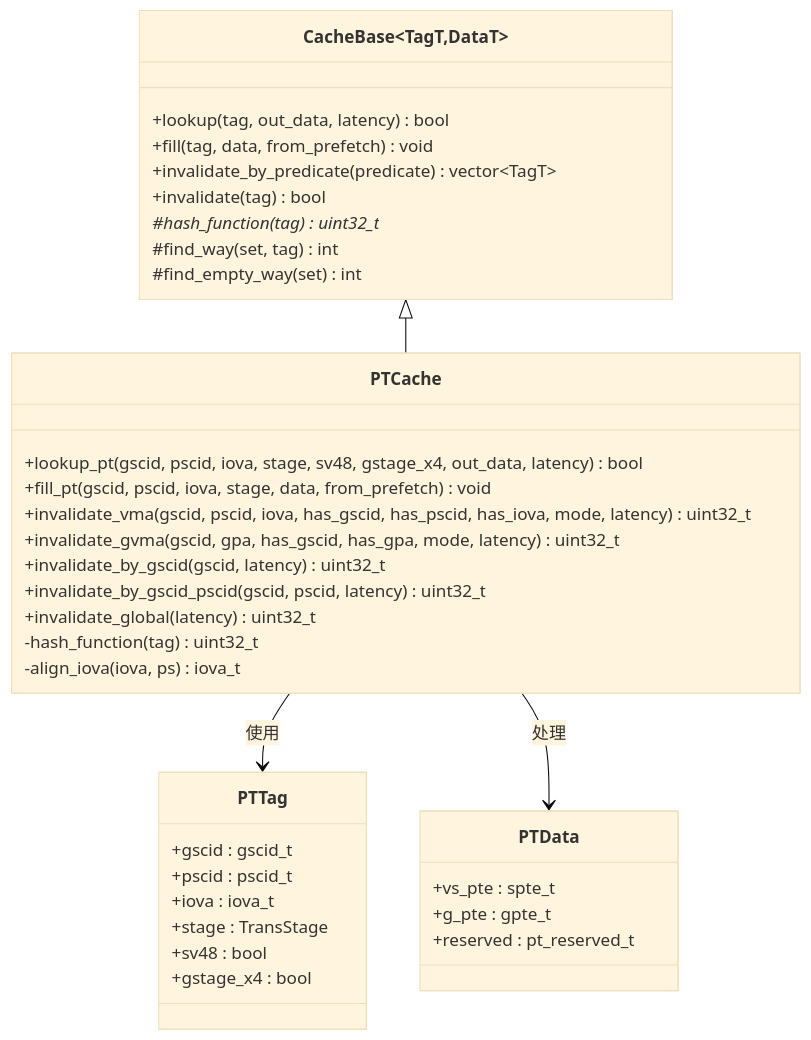
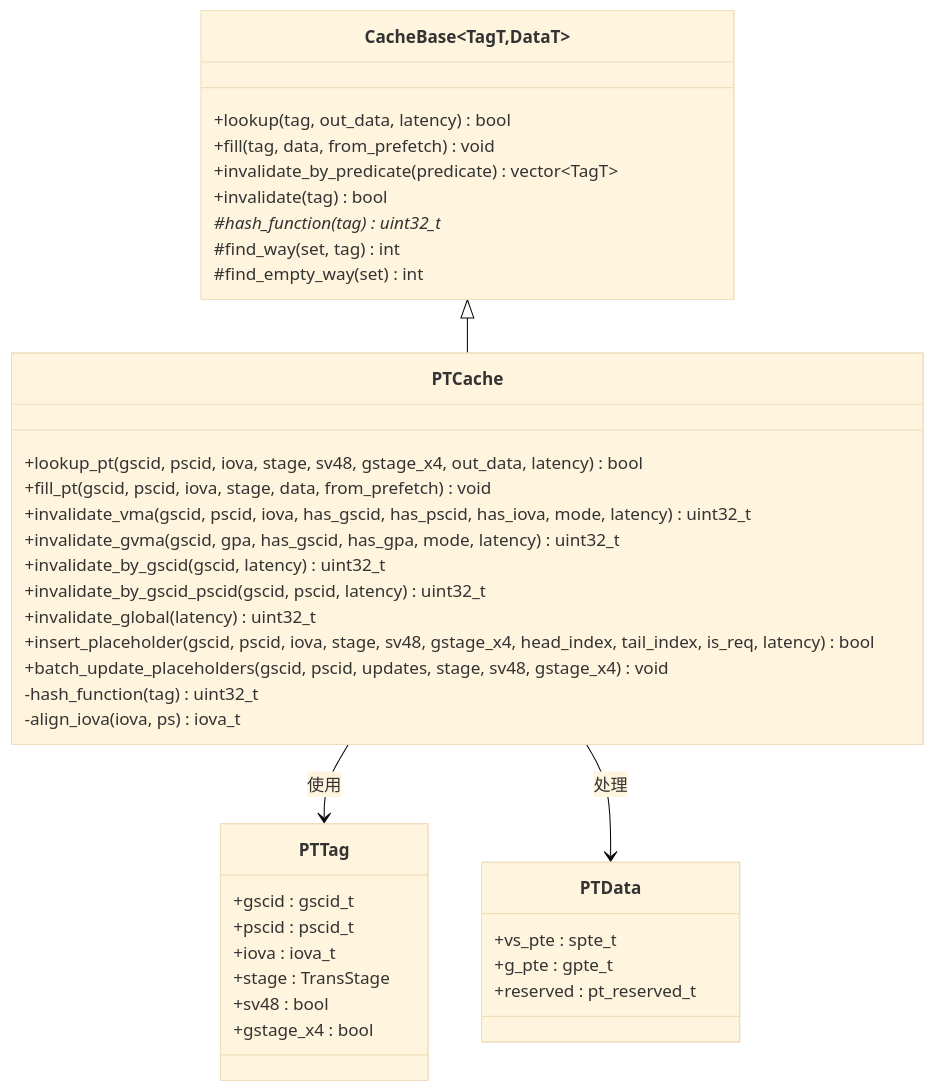
One commit to jiangjiang1122/iommu_model_20260401_v1 changed the third of 11 diagrams in .qoder/repowiki/zh/content/缓存系统架构/PT Cache A_D位支持.md. Above: the diagram before and after it, drawn with Mermaid (base theme). The commit also changed other lines of this file and 12 other files, not shown here.

````diff
--- a/.qoder/repowiki/zh/content/缓存系统架构/PT Cache A_D位支持.md
+++ b/.qoder/repowiki/zh/content/缓存系统架构/PT Cache A_D位支持.md
@@ -143,39 +144,41 @@
 ```mermaid
 classDiagram
 class CacheBase~TagT,DataT~ {
 +lookup(tag, out_data, latency) bool
 +fill(tag, data, from_prefetch) void
 +invalidate_by_predicate(predicate) vector~TagT~
 +invalidate(tag) bool
 #hash_function(tag) uint32_t*
 #find_way(set, tag) int
 #find_empty_way(set) int
 }
 class PTCache {
 +lookup_pt(gscid, pscid, iova, stage, sv48, gstage_x4, out_data, latency) bool
 +fill_pt(gscid, pscid, iova, stage, data, from_prefetch) void
 +invalidate_vma(gscid, pscid, iova, has_gscid, has_pscid, has_iova, mode, latency) uint32_t
 +invalidate_gvma(gscid, gpa, has_gscid, has_gpa, mode, latency) uint32_t
 +invalidate_by_gscid(gscid, latency) uint32_t
 +invalidate_by_gscid_pscid(gscid, pscid, latency) uint32_t
 +invalidate_global(latency) uint32_t
++insert_placeholder(gscid, pscid, iova, stage, sv48, gstage_x4, head_index, tail_index, is_req, latency) bool
++batch_update_placeholders(gscid, pscid, updates, stage, sv48, gstage_x4) void
 -hash_function(tag) uint32_t
 -align_iova(iova, ps) iova_t
 }
 class PTTag {
 +gscid : gscid_t
 +pscid : pscid_t
 +iova : iova_t
 +stage : TransStage
 +sv48 : bool
 +gstage_x4 : bool
 }
 class PTData {
 +vs_pte : spte_t
 +g_pte : gpte_t
 +reserved : pt_reserved_t
 }
 CacheBase <|-- PTCache
 PTCache --> PTTag : 使用
 PTCache --> PTData : 处理
 ```
````
